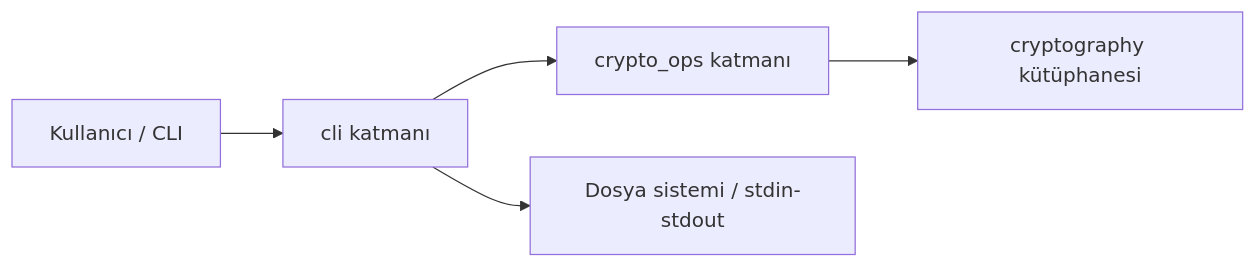
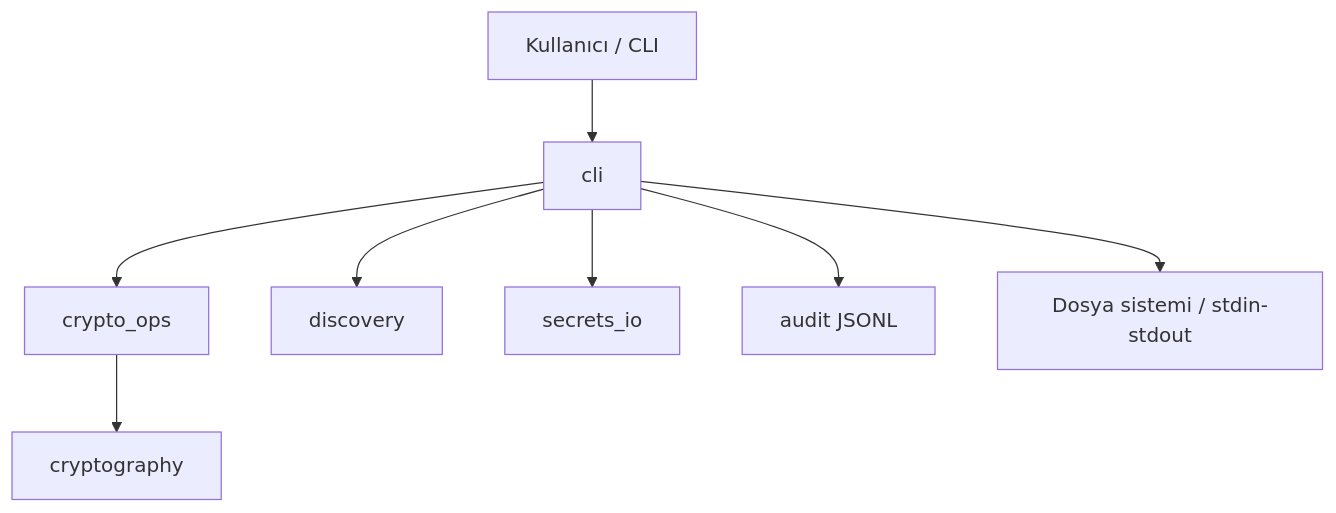
Before and after one commit to beyzayilmaz1/basit_sifreleme_araci: the first of 3 diagrams in report.md, drawn with Mermaid. The commit also changed other lines of this file and 3 other files, not shown here.

````diff
--- a/report.md
+++ b/report.md
@@ -169,7 +180,10 @@
 ```mermaid
-flowchart LR
-  U[Kullanıcı / CLI] --> C[cli katmanı]
-  C --> K[crypto_ops katmanı]
-  K --> L[cryptography kütüphanesi]
+flowchart TB
+  U[Kullanıcı / CLI] --> C[cli]
+  C --> K[crypto_ops]
+  C --> D[discovery]
+  C --> S[secrets_io]
+  C --> A[audit JSONL]
+  K --> L[cryptography]
   C --> F[Dosya sistemi / stdin-stdout]
 ```
````
